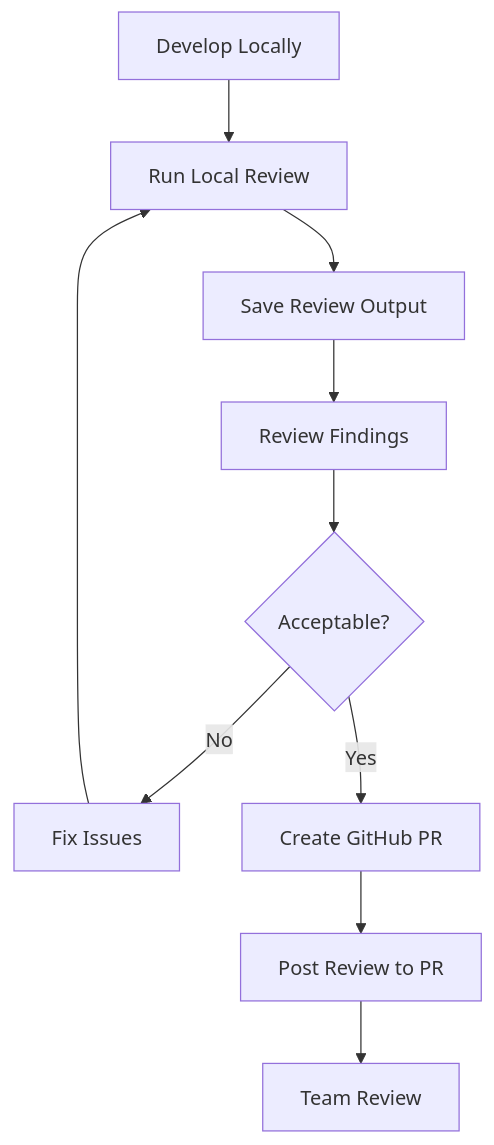
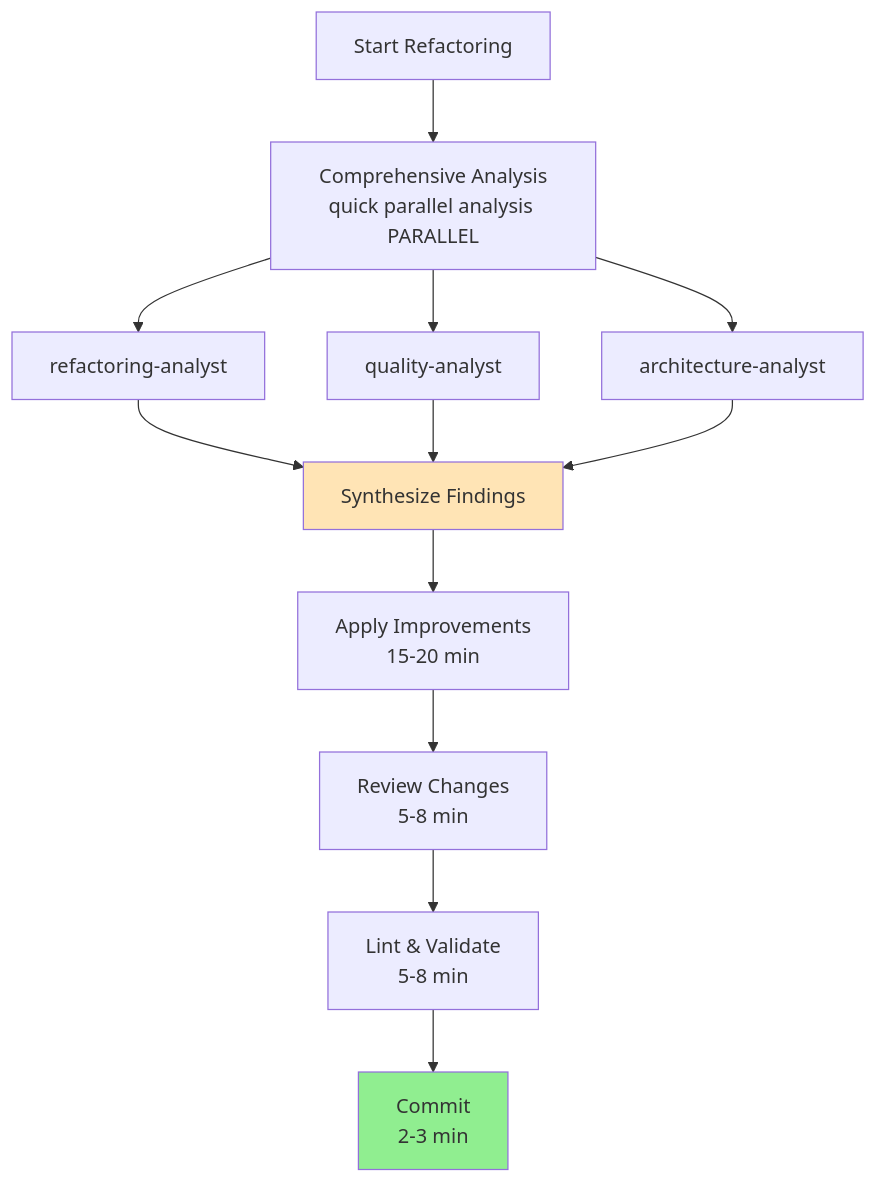
Before and after one commit to thomasholknielsen/claude-code-config: the fourth of 8 diagrams in docs/typical-workflows.md, drawn with Mermaid. The commit also changed other lines of this file and 130 other files, not shown here.

````diff
--- a/docs/typical-workflows.md
+++ b/docs/typical-workflows.md
@@ -142,12 +330,17 @@
 ```mermaid
 graph TD
-    A[Develop Locally] --> B[Run Local Review]
-    B --> C[Save Review Output]
-    C --> D[Review Findings]
-    D --> E{Acceptable?}
-    E -->|No| F[Fix Issues]
-    F --> B
-    E -->|Yes| G[Create GitHub PR]
-    G --> H[Post Review to PR]
-    H --> I[Team Review]
+    A[Start Refactoring] --> B[Comprehensive Analysis<br/>quick parallel analysis PARALLEL]
+    B --> C1[refactoring-analyst]
+    B --> C2[quality-analyst]
+    B --> C3[architecture-analyst]
+    C1 --> D[Synthesize Findings]
+    C2 --> D
+    C3 --> D
+    D --> E[Apply Improvements<br/>15-20 min]
+    E --> F[Review Changes<br/>5-8 min]
+    F --> G[Lint & Validate<br/>5-8 min]
+    G --> H[Commit<br/>2-3 min]
+
+    style D fill:#FFE4B5
+    style H fill:#90EE90
 ```
````
